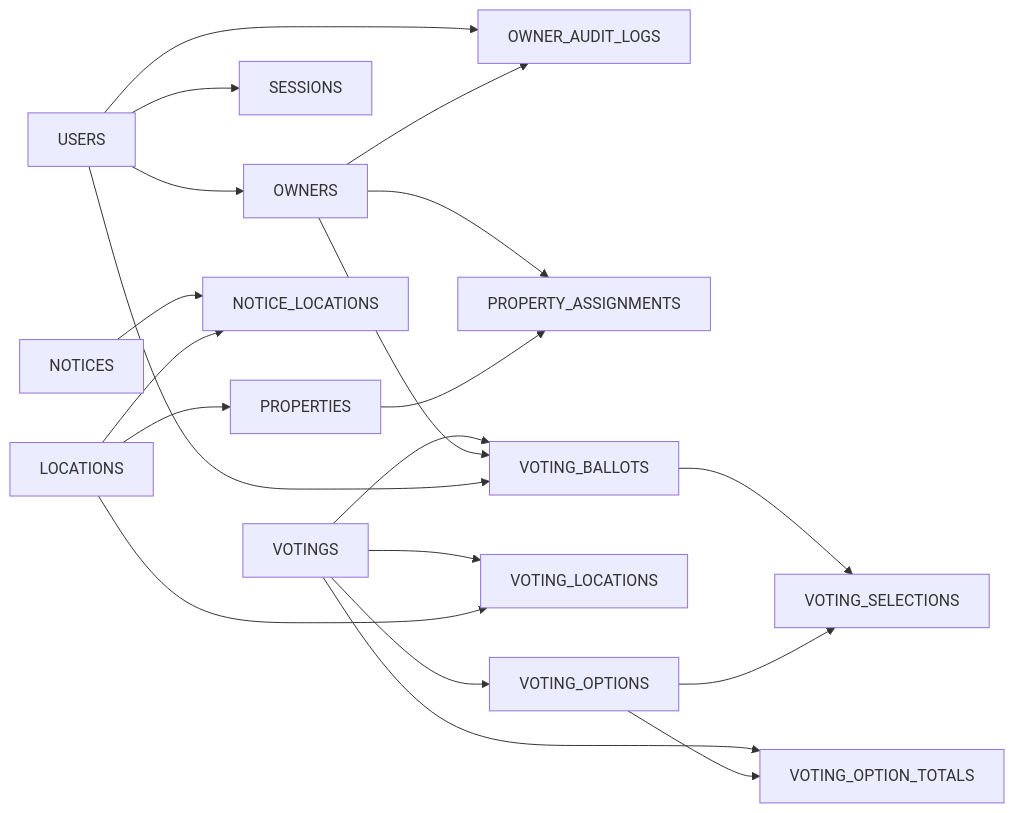
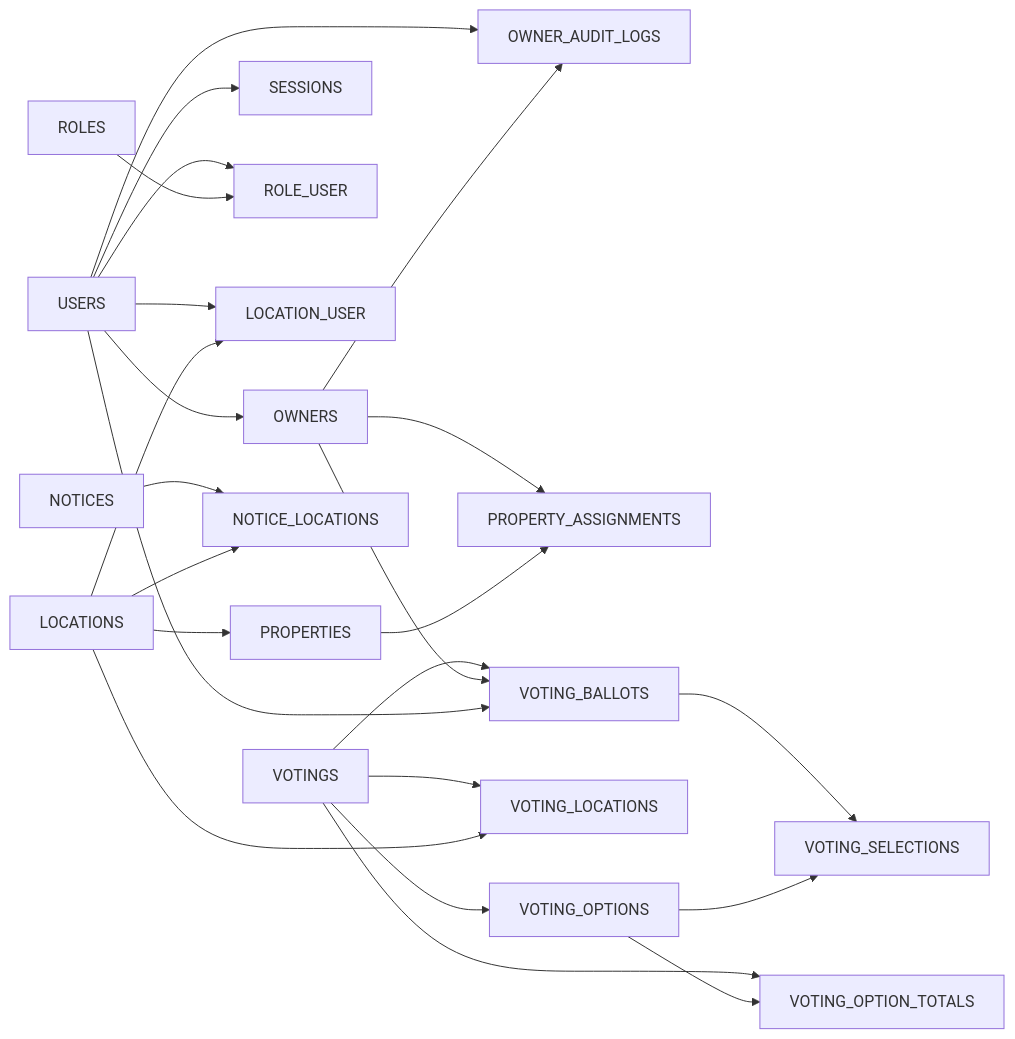
Before and after one commit to amaiagalvez/madaia33: the first of 4 diagrams in .github/skills/database-schema-mermaid/SKILL.md, drawn with Mermaid. The commit also changed other lines of this file and 48 other files, not shown here.

````diff
--- a/.github/skills/database-schema-mermaid/SKILL.md
+++ b/.github/skills/database-schema-mermaid/SKILL.md
@@ -34,22 +34,26 @@
 ```mermaid
 flowchart LR
     USERS --> OWNERS
     USERS --> SESSIONS
     USERS --> OWNER_AUDIT_LOGS
+    USERS --> ROLE_USER
+    ROLES --> ROLE_USER
+    USERS --> LOCATION_USER
+    LOCATIONS --> LOCATION_USER
     OWNERS --> PROPERTY_ASSIGNMENTS
     OWNERS --> OWNER_AUDIT_LOGS
     LOCATIONS --> PROPERTIES
     PROPERTIES --> PROPERTY_ASSIGNMENTS
     NOTICES --> NOTICE_LOCATIONS
     LOCATIONS --> NOTICE_LOCATIONS
     VOTINGS --> VOTING_OPTIONS
     VOTINGS --> VOTING_LOCATIONS
     LOCATIONS --> VOTING_LOCATIONS
     VOTINGS --> VOTING_BALLOTS
     OWNERS --> VOTING_BALLOTS
     USERS --> VOTING_BALLOTS
     VOTING_BALLOTS --> VOTING_SELECTIONS
     VOTING_OPTIONS --> VOTING_SELECTIONS
     VOTINGS --> VOTING_OPTION_TOTALS
     VOTING_OPTIONS --> VOTING_OPTION_TOTALS
 ```
````
